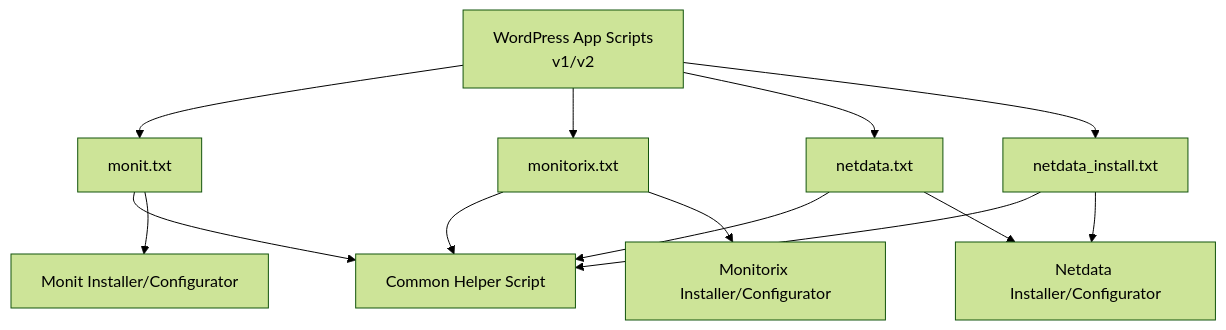
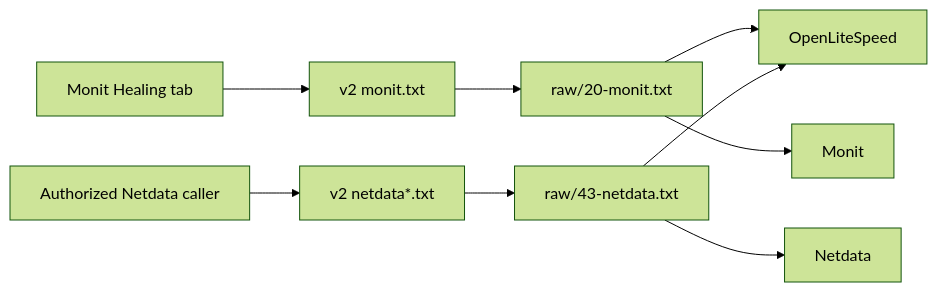
One commit to onedogsolutions/simple-stack changed the diagram in .qoder/repowiki/en/content/Operational Tools/Monitoring Solutions/Monitoring Solutions.md. Above: the diagram before and after it, drawn with Mermaid (forest theme). The commit also changed other lines of this file and 5941 other files, not shown here.

````diff
--- a/.qoder/repowiki/en/content/Operational Tools/Monitoring Solutions/Monitoring Solutions.md
+++ b/.qoder/repowiki/en/content/Operational Tools/Monitoring Solutions/Monitoring Solutions.md
@@ -36,15 +21,12 @@
 ```mermaid
-graph TB
-A["WordPress App Scripts<br/>v1/v2"] --> B["monit.txt"]
-A --> C["monitorix.txt"]
-A --> D["netdata.txt"]
-A --> E["netdata_install.txt"]
-B --> F["Common Helper Script"]
-B --> G["Monit Installer/Configurator"]
-C --> F
-C --> H["Monitorix Installer/Configurator"]
-D --> F
-D --> I["Netdata Installer/Configurator"]
-E --> F
-E --> I
+graph LR
+    MonitUI["Monit Healing tab"] --> MonitWrapper["v2 monit.txt"]
+    MonitWrapper --> MonitRaw["raw/20-monit.txt"]
+    MonitRaw --> OLS["OpenLiteSpeed"]
+    MonitRaw --> Monit["Monit"]
+
+    Caller["Authorized Netdata caller"] --> NetdataWrapper["v2 netdata*.txt"]
+    NetdataWrapper --> NetdataRaw["raw/43-netdata.txt"]
+    NetdataRaw --> OLS
+    NetdataRaw --> NetdataAgent["Netdata"]
 ```
````
